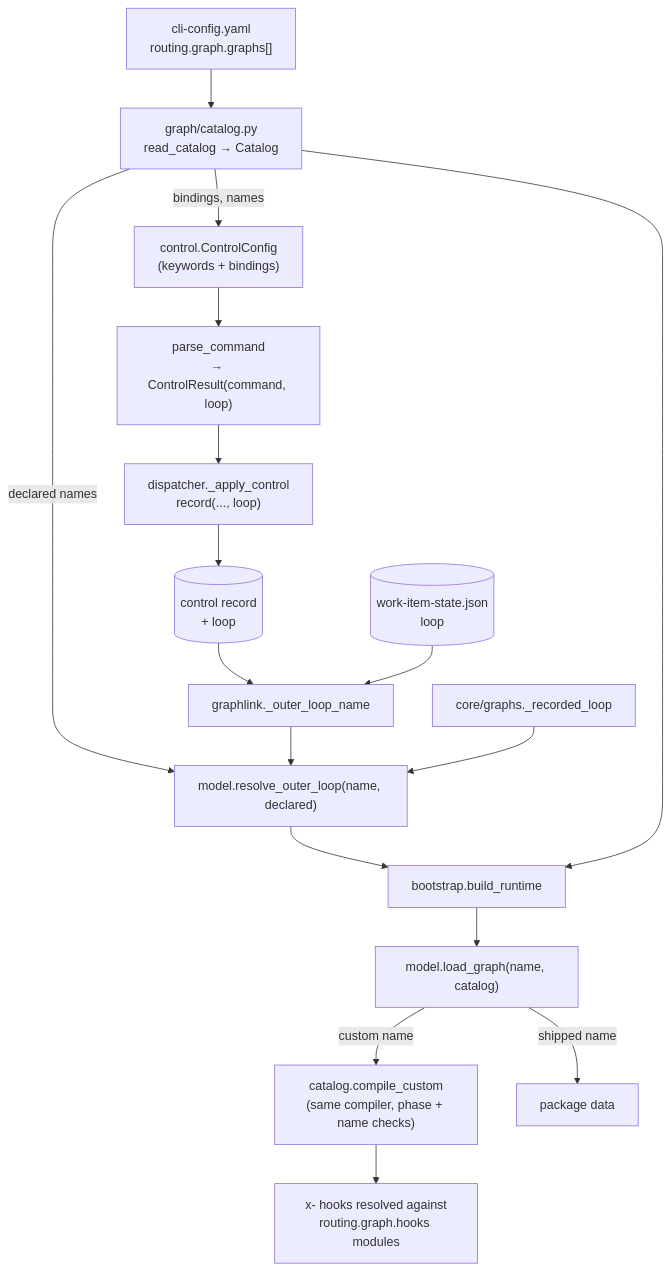
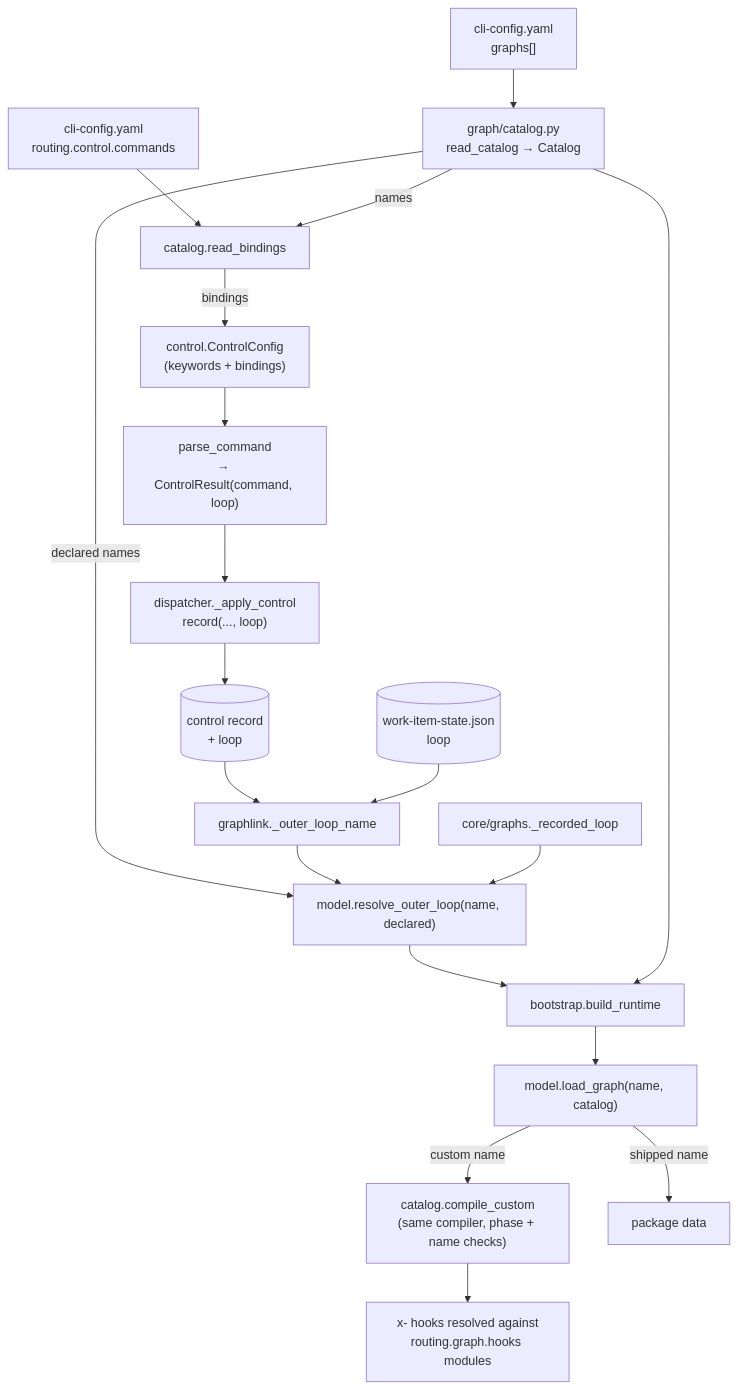
One commit to MadaraUchiha-314/the-loop changed the diagram in docs/specs/issue-343/design.md. Above: the diagram before and after it, drawn with Mermaid. The commit also changed other lines of this file and 41 other files, not shown here.

First line of the commit message:
refactor(issue-343): top-level graphs, commands bound under routing.control.commands

````diff
--- a/docs/specs/issue-343/design.md
+++ b/docs/specs/issue-343/design.md
@@ -25,19 +26,21 @@
 ```mermaid
 flowchart TD
-  CFG["cli-config.yaml<br/>routing.graph.graphs[]"] --> CAT["graph/catalog.py<br/>read_catalog → Catalog"]
-  CAT -->|"bindings, names"| CC["control.ControlConfig<br/>(keywords + bindings)"]
+  CFG["cli-config.yaml<br/>graphs[]"] --> CAT["graph/catalog.py<br/>read_catalog → Catalog"]
+  BND["cli-config.yaml<br/>routing.control.commands"] --> RB["catalog.read_bindings"]
+  CAT -->|"names"| RB
+  RB -->|"bindings"| CC["control.ControlConfig<br/>(keywords + bindings)"]
   CC --> PC["parse_command<br/>→ ControlResult(command, loop)"]
   PC --> DSP["dispatcher._apply_control<br/>record(..., loop)"]
   DSP --> CR[("control record<br/>+ loop")]
   CR --> GL["graphlink._outer_loop_name"]
   ST[("work-item-state.json<br/>loop")] --> GL
   CAT -->|"declared names"| RES["model.resolve_outer_loop(name, declared)"]
   GL --> RES
   CG["core/graphs._recorded_loop"] --> RES
   RES --> BR["bootstrap.build_runtime"]
   CAT --> BR
   BR --> LG["model.load_graph(name, catalog)"]
   LG -->|"custom name"| CC2["catalog.compile_custom<br/>(same compiler, phase + name checks)"]
   LG -->|"shipped name"| SH["package data"]
   CC2 --> EXT["x- hooks resolved against<br/>routing.graph.hooks modules"]
 ```
````
